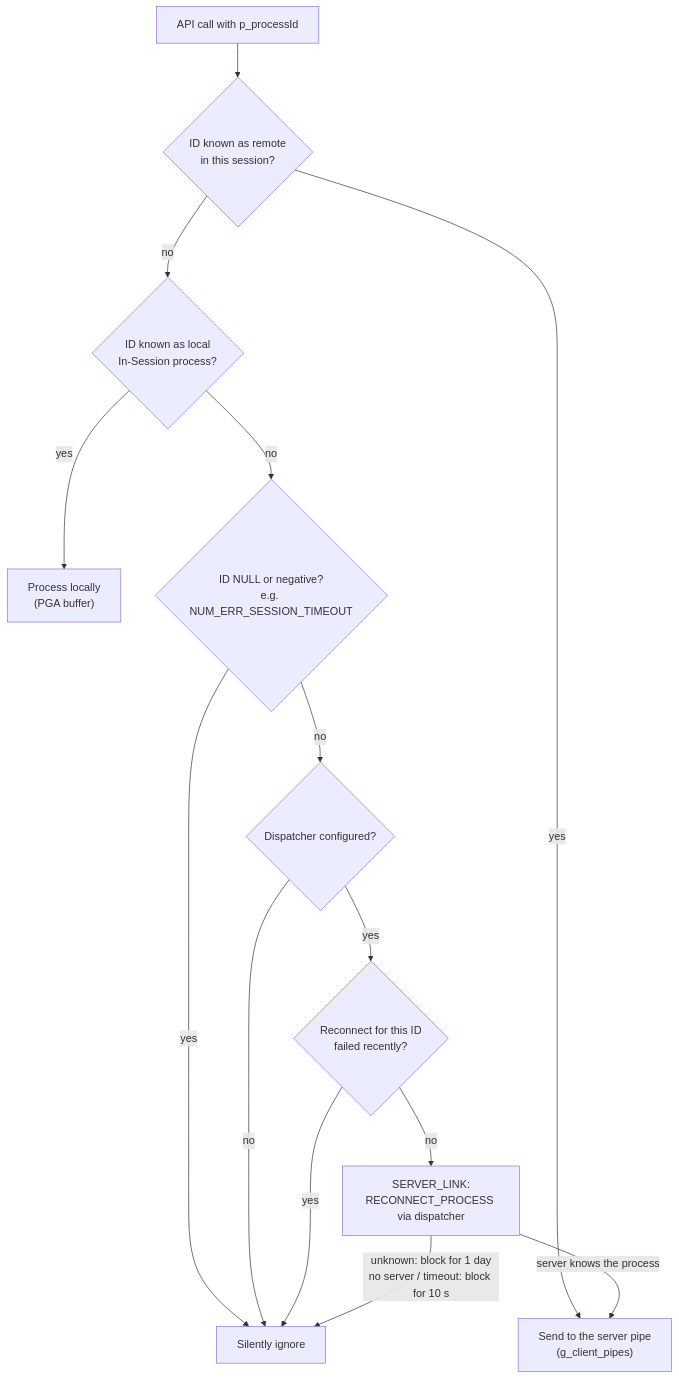
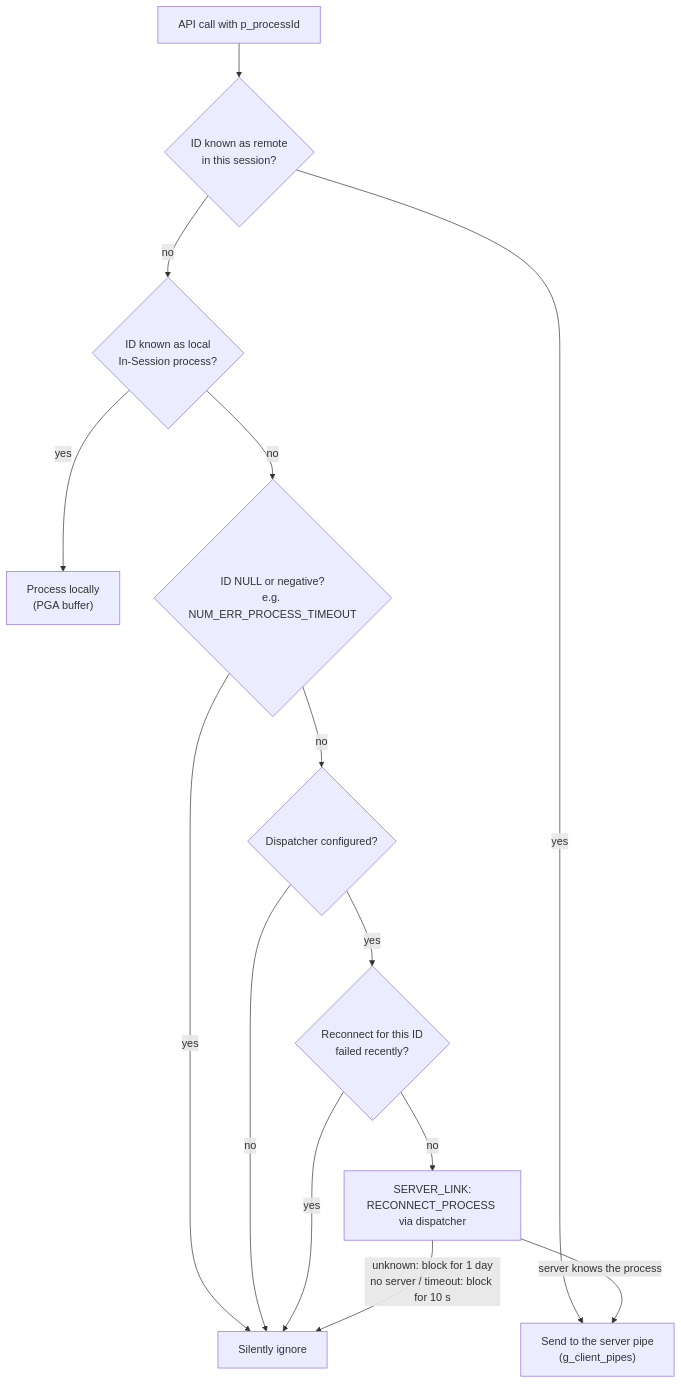
Before and after one commit to dirkgermany/LILAM: the second of 4 diagrams in docs/architecture and concepts.md, drawn with Mermaid. The commit also changed other lines of this file and 9 other files, not shown here.

````diff
--- a/docs/architecture and concepts.md
+++ b/docs/architecture and concepts.md
@@ -391,16 +417,16 @@
 ```mermaid
 flowchart TD
     CALL["API call with p_processId"] --> R1{"ID known as remote<br/>in this session?"}
     R1 -- yes --> SEND["Send to the server pipe<br/>(g_client_pipes)"]
     R1 -- no --> L1{"ID known as local<br/>In-Session process?"}
     L1 -- yes --> LOCAL["Process locally<br/>(PGA buffer)"]
-    L1 -- no --> N1{"ID NULL or negative?<br/>e.g. NUM_ERR_SESSION_TIMEOUT"}
+    L1 -- no --> N1{"ID NULL or negative?<br/>e.g. NUM_ERR_PROCESS_TIMEOUT"}
     N1 -- yes --> IGN["Silently ignore"]
     N1 -- no --> D1{"Dispatcher configured?"}
     D1 -- no --> IGN
     D1 -- yes --> U1{"Reconnect for this ID<br/>failed recently?"}
     U1 -- yes --> IGN
     U1 -- no --> LINK["SERVER_LINK:<br/>RECONNECT_PROCESS via dispatcher"]
     LINK -- "server knows the process" --> SEND
     LINK -- "unknown: block for 1 day<br/>no server / timeout: block for 10 s" --> IGN
 ```
````
